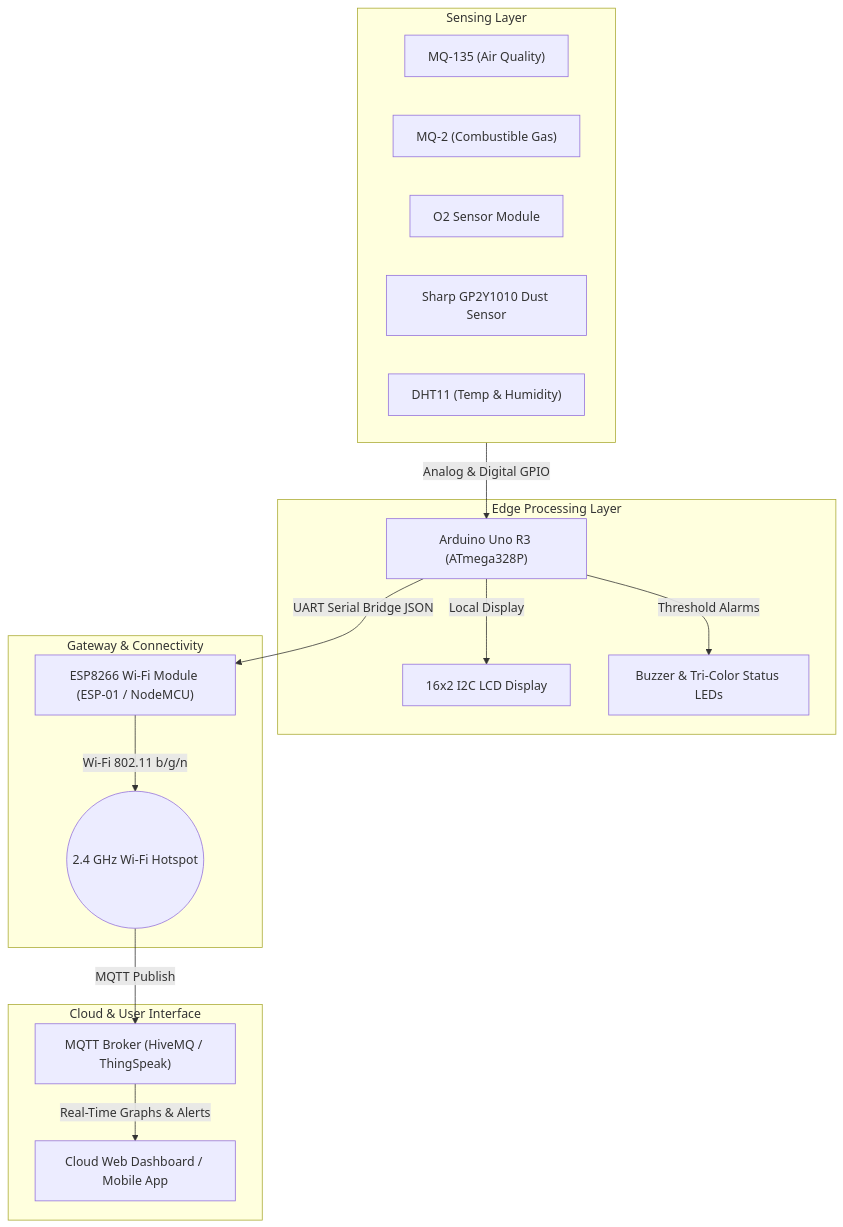
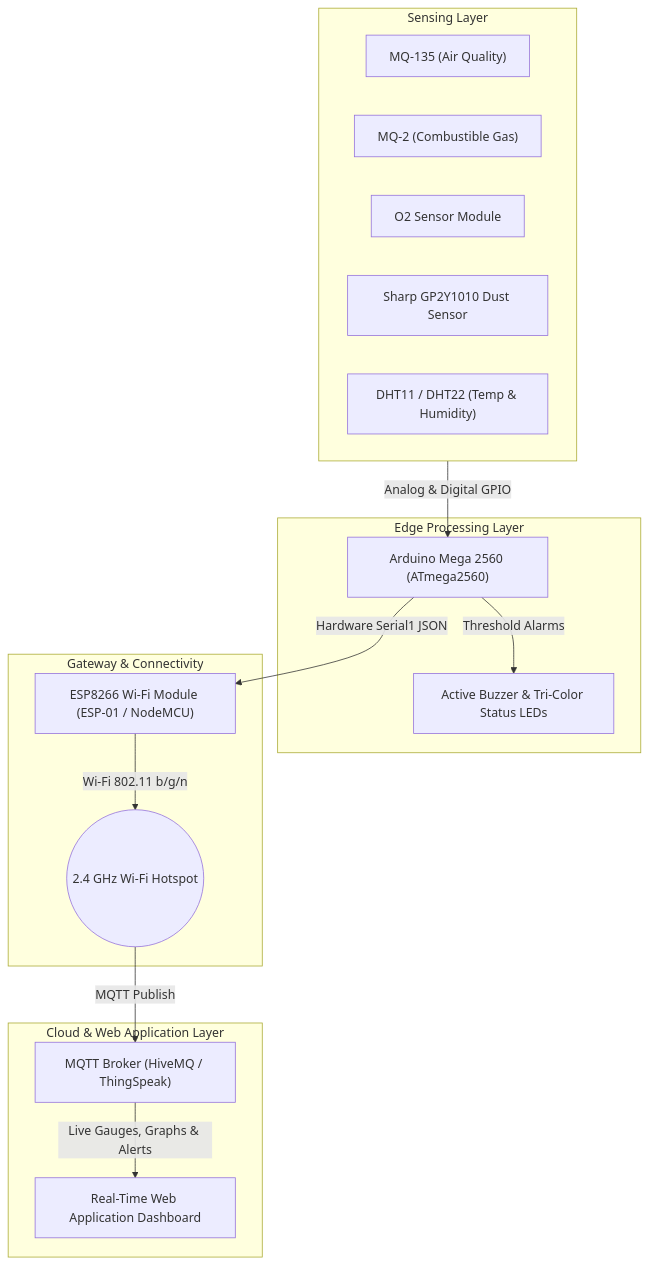
The diagram in README.md (fahadrahman444/AirGuard-IOT), drawn with Mermaid before and after one commit. The commit also changed other lines of this file and 10 other files, not shown here.

Commit message:
docs: update proposal for Arduino Mega 2560, team info, and web dashboard

````diff
--- a/README.md
+++ b/README.md
@@ -48,34 +57,32 @@
 ```mermaid
 flowchart TD
     subgraph Sensing_Layer["Sensing Layer"]
         MQ135["MQ-135 (Air Quality)"]
         MQ2["MQ-2 (Combustible Gas)"]
         O2["O2 Sensor Module"]
         DUST["Sharp GP2Y1010 Dust Sensor"]
-        DHT["DHT11 (Temp & Humidity)"]
+        DHT["DHT11 / DHT22 (Temp & Humidity)"]
     end
 
     subgraph Edge_Processing["Edge Processing Layer"]
-        UNO["Arduino Uno R3 (ATmega328P)"]
-        LCD["16x2 I2C LCD Display"]
-        ALARM["Buzzer & Tri-Color Status LEDs"]
+        MEGA["Arduino Mega 2560 (ATmega2560)"]
+        ALARM["Active Buzzer & Tri-Color Status LEDs"]
     end
 
     subgraph Gateway_Layer["Gateway & Connectivity"]
         ESP["ESP8266 Wi-Fi Module (ESP-01 / NodeMCU)"]
         WIFI(("2.4 GHz Wi-Fi Hotspot"))
     end
 
-    subgraph Cloud_Layer["Cloud & User Interface"]
+    subgraph Web_Layer["Cloud & Web Application Layer"]
         BROKER["MQTT Broker (HiveMQ / ThingSpeak)"]
-        DASH["Cloud Web Dashboard / Mobile App"]
+        WEB["Real-Time Web Application Dashboard"]
     end
 
-    Sensing_Layer -->|Analog & Digital GPIO| UNO
-    UNO -->|Local Display| LCD
-    UNO -->|Threshold Alarms| ALARM
-    UNO -->|UART Serial Bridge JSON| ESP
+    Sensing_Layer -->|Analog & Digital GPIO| MEGA
+    MEGA -->|Threshold Alarms| ALARM
+    MEGA -->|Hardware Serial1 JSON| ESP
     ESP -->|Wi-Fi 802.11 b/g/n| WIFI
     WIFI -->|MQTT Publish| BROKER
-    BROKER -->|Real-Time Graphs & Alerts| DASH
+    BROKER -->|Live Gauges, Graphs & Alerts| WEB
 ```
````
